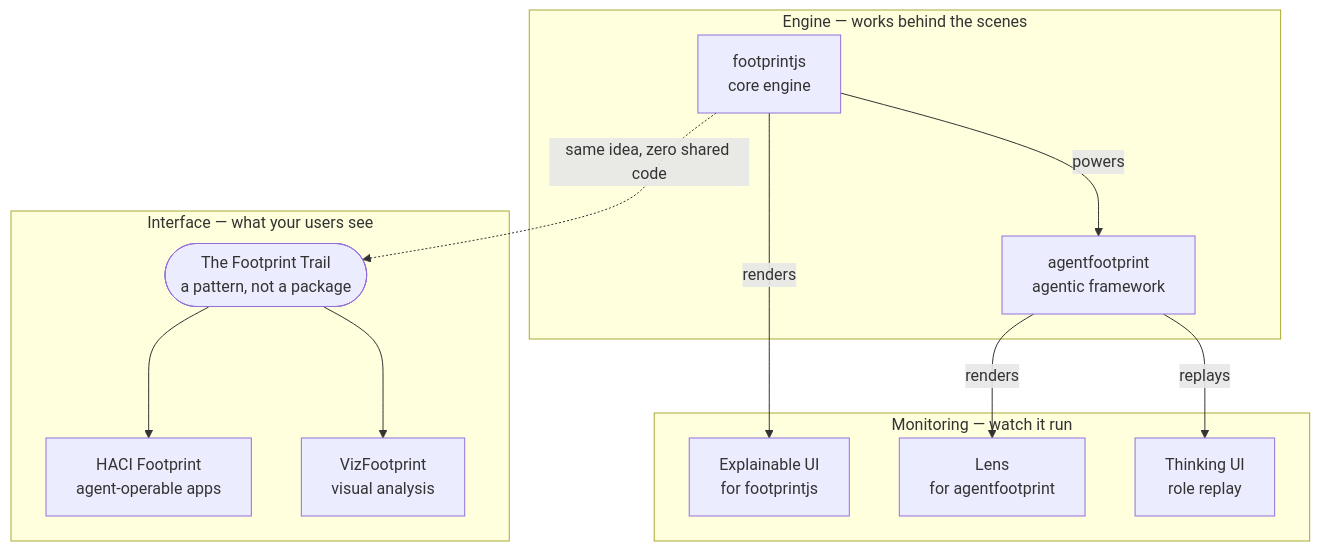
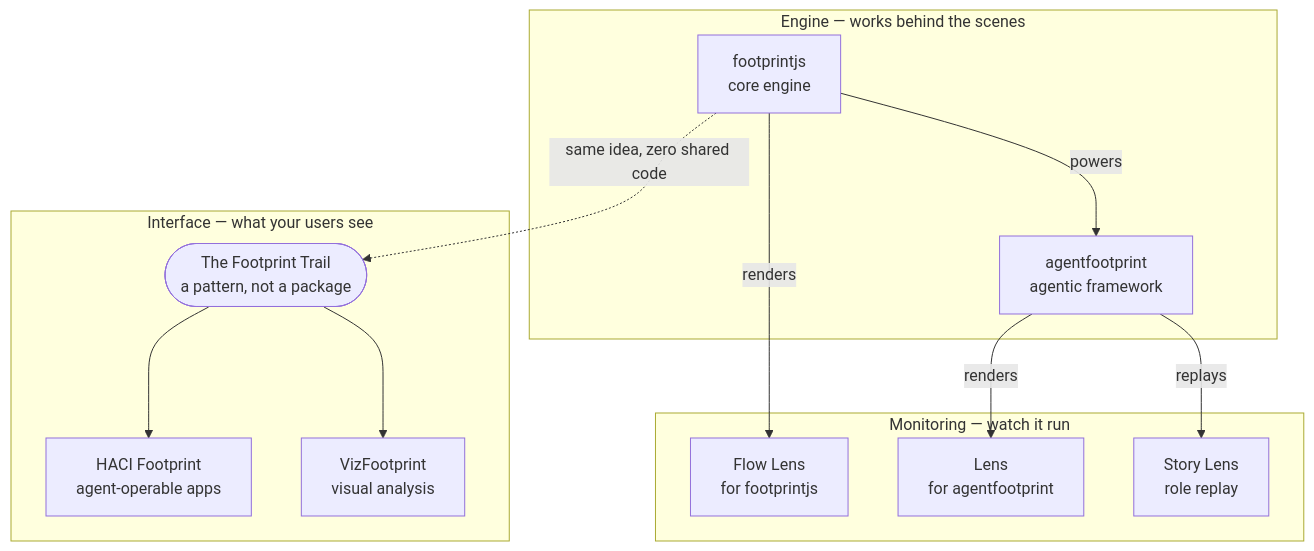
The diagram in README.md (footprintjs/footprintjs.github.io), drawn with Mermaid before and after one commit. The commit also changed other lines of this file and 2 other files, not shown here.

Commit message:
feat: the lens family gets its names — Flow, Why, Story
One causal trace. Replay it as every step, grouped steps, or the story.
- Flow Lens (footprint-explainable-ui) — every step: watch the flowchart unfold
- Why Lens (agentfootprint-lens) — grouped by what matters: pinpoint why this answer
- Story Lens (agentthinkingui) — the story: explain it to a person
Display names only; npm packages unchanged. Solar-system caption and
meta description updated to match.

````diff
--- a/README.md
+++ b/README.md
@@ -20,25 +20,25 @@
 ```mermaid
 flowchart TD
     subgraph ENG["Engine — works behind the scenes"]
         F["footprintjs<br/>core engine"]
         A["agentfootprint<br/>agentic framework"]
     end
     subgraph INT["Interface — what your users see"]
         TR(["The Footprint Trail<br/>a pattern, not a package"])
         H["HACI Footprint<br/>agent-operable apps"]
         V["VizFootprint<br/>visual analysis"]
     end
     subgraph MON["Monitoring — watch it run"]
-        E["Explainable UI<br/>for footprintjs"]
+        E["Flow Lens<br/>for footprintjs"]
         L["Lens<br/>for agentfootprint"]
-        T["Thinking UI<br/>role replay"]
+        T["Story Lens<br/>role replay"]
     end
 
     F -->|powers| A
     F -.->|same idea, zero shared code| TR
     TR --> H
     TR --> V
     F -->|renders| E
     A -->|renders| L
     A -->|replays| T
 ```
````
